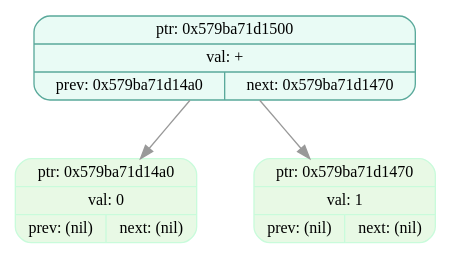
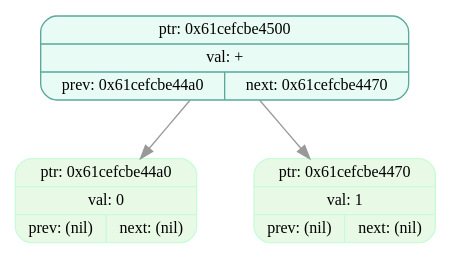
One commit to EvilTomato9890/Difference changed the diagram in dumps/tree_dump_006.dot. Above: the diagram before and after it, drawn with Graphviz. The commit also changed 26 other files, not shown here.

```diff
--- a/dumps/tree_dump_006.dot
+++ b/dumps/tree_dump_006.dot
@@ -1,9 +1,9 @@
 digraph T{
   node [fontname="Fira Mono",shape=record,style="filled,rounded",fontsize=12];
   graph [splines=true, nodesep=0.6, ranksep=0.6];
-  node_0x579ba71d1500[shape=record,label="{ {ptr: 0x579ba71d1500} | {val: +} | { prev: 0x579ba71d14a0 | next: 0x579ba71d1470 } }",color="#5aa99b",fillcolor="#e9fbf5"];
-  node_0x579ba71d14a0[shape=record,label="{ {ptr: 0x579ba71d14a0} | {val: 0} | { prev: (nil) | next: (nil) } }",color="#c9fbdbff",fillcolor="#e8f9e5ff"];
-  node_0x579ba71d1470[shape=record,label="{ {ptr: 0x579ba71d1470} | {val: 1} | { prev: (nil) | next: (nil) } }",color="#c9fbdbff",fillcolor="#e8f9e5ff"];
-  node_0x579ba71d1500 -> node_0x579ba71d14a0 [color="#999999"];
-  node_0x579ba71d1500 -> node_0x579ba71d1470 [color="#999999"];
+  node_0x61cefcbe4500[shape=record,label="{ {ptr: 0x61cefcbe4500} | {val: +} | { prev: 0x61cefcbe44a0 | next: 0x61cefcbe4470 } }",color="#5aa99b",fillcolor="#e9fbf5"];
+  node_0x61cefcbe44a0[shape=record,label="{ {ptr: 0x61cefcbe44a0} | {val: 0} | { prev: (nil) | next: (nil) } }",color="#c9fbdbff",fillcolor="#e8f9e5ff"];
+  node_0x61cefcbe4470[shape=record,label="{ {ptr: 0x61cefcbe4470} | {val: 1} | { prev: (nil) | next: (nil) } }",color="#c9fbdbff",fillcolor="#e8f9e5ff"];
+  node_0x61cefcbe4500 -> node_0x61cefcbe44a0 [color="#999999"];
+  node_0x61cefcbe4500 -> node_0x61cefcbe4470 [color="#999999"];
 }
```
